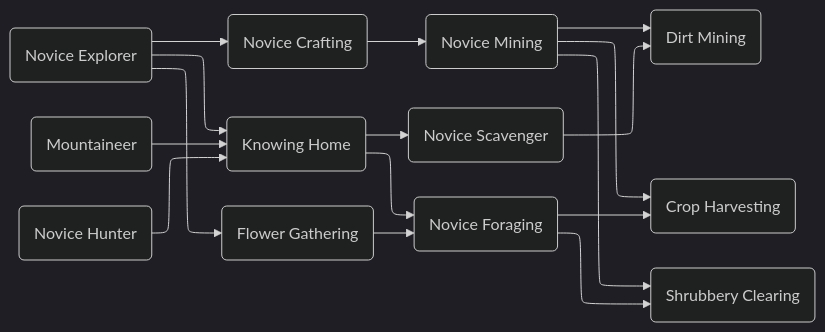
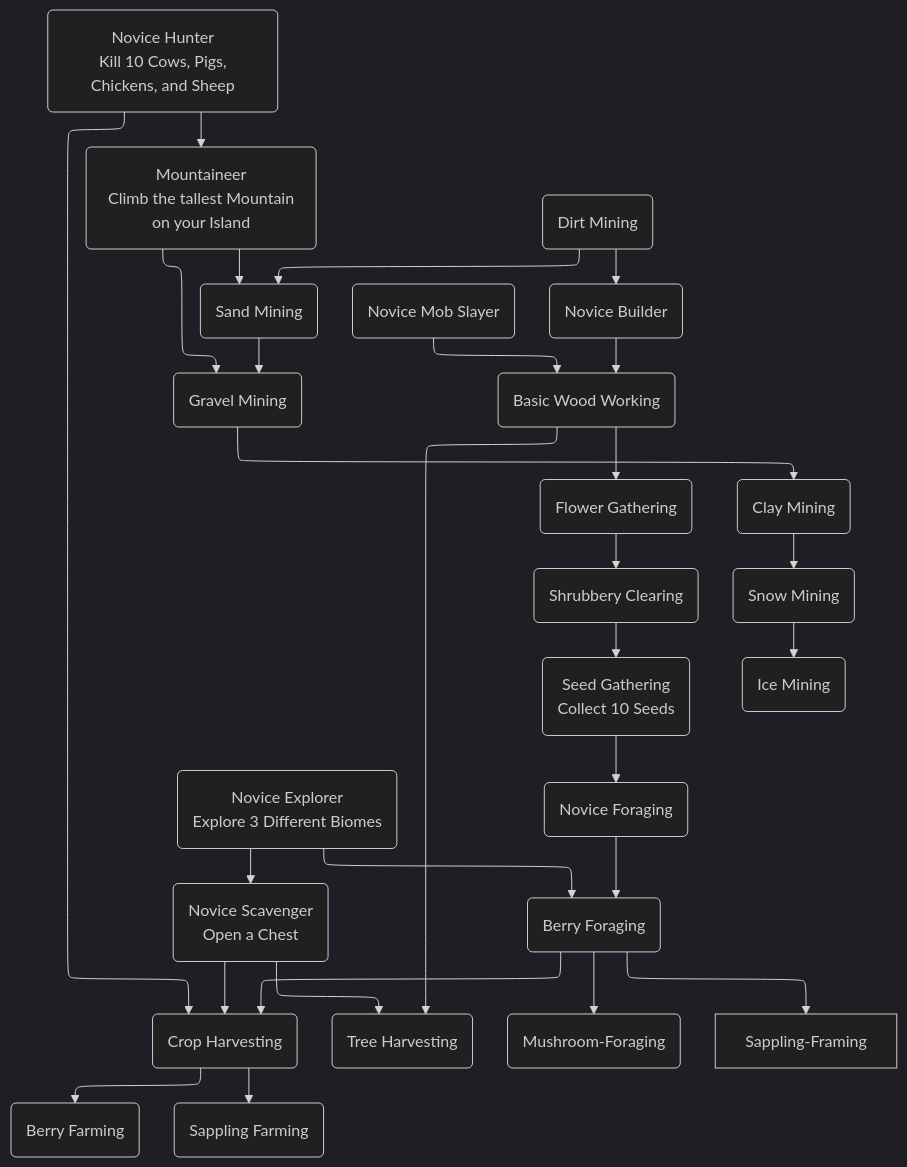
The diagram in Design-Documents/Advancement-Tree.md (PolarisVoid/The-Voyage), drawn with Mermaid (dark theme) before and after one commit.

Commit message:
Update Advancement-Tree.md
I have added the beginnings of the technology tree

````diff
--- a/Design-Documents/Advancement-Tree.md
+++ b/Design-Documents/Advancement-Tree.md
@@ -1,38 +1,78 @@
 ```mermaid
 %%{init: {"flowchart": {"defaultRenderer": "elk"}} }%%
-flowchart LR
-  Novice-Explorer(Novice Explorer)
-  Novice-Explorer-->Novice-Crafting & Knowing-Home & Flower-Gathering
-
-  Mountaineer(Mountaineer)
-  Mountaineer-->Knowing-Home
-
-  Novice-Hunter(Novice Hunter)
-  Novice-Hunter-->Knowing-Home
-
-  Novice-Crafting(Novice Crafting)
-  Novice-Crafting-->Novice-Mining
-
-  Knowing-Home(Knowing Home)
-  Knowing-Home-->Novice-Scavenger & Novice-Foraging
-
-  Flower-Gathering(Flower Gathering)
-  Flower-Gathering-->Novice-Foraging
-
-  Novice-Mining(Novice Mining)
-  Novice-Mining-->Dirt-Mining & Crop-Harvesting & Shrubbery-Clearing
-
-  Novice-Scavenger(Novice Scavenger)
-  Novice-Scavenger-->Dirt-Mining
-
-  Novice-Foraging(Novice Foraging)
-  Novice-Foraging-->Crop-Harvesting & Shrubbery-Clearing
-
-  Dirt-Mining(Dirt Mining)
+flowchart TD
+  
+  Novice-Explorer(Novice Explorer\n Explore 3 Different Biomes)
+  Novice-Explorer-->Novice-Scavenger & Berry-Foraging
+  
+  Mountaineer(Mountaineer\n Climb the tallest Mountain on your Island)
+  Mountaineer-->Sand-Mining & Gravel-Mining
+  
+  Novice-Scavenger(Novice Scavenger\n Open a Chest)
+  Novice-Scavenger-->Crop-Harvesting & Tree-Harvesting
+  
 
 
-  Crop-Harvesting(Crop Harvesting)
+
+  Novice-Hunter(Novice Hunter\n Kill 10 Cows, Pigs, Chickens, and Sheep)
+  Novice-Hunter-->Mountaineer & Crop-Harvesting
+  
+  Novice-Mob-Slayer(Novice Mob Slayer)
+  Novice-Mob-Slayer-->Basic-Wood-Working
 
 
-  Shrubbery-Clearing(Shrubbery Clearing)
+
+  Novice-Builder(Novice Builder)
+  Novice-Builder-->Basic-Wood-Working
+  Basic-Wood-Working(Basic Wood Working)
+  Basic-Wood-Working-->
+
+
+
+  Flower-Gathering(Flower Gathering\n)
+  Flower-Gathering-->Shrubbery-Clearing
+  
+  Shrubbery-Clearing(Shrubbery Clearing\n)
+  Shrubbery-Clearing-->Seed-Gathering
+  
+  Seed-Gathering(Seed Gathering\n Collect 10 Seeds)
+  Seed-Gathering-->Novice-Foraging
+  
+  Novice-Foraging(Novice Foraging\n)
+  Novice-Foraging-->Berry-Foraging  
+  
+  Berry-Foraging(Berry Foraging\n)
+  Berry-Foraging-->Crop-Harvesting & Mushroom-Foraging & Sappling-Framing
+  
+  Crop-Harvesting(Crop Harvesting\n)
+  Crop-Harvesting-->Berry-Farming & Sappling-Farming
+  
+  Mushroom-Foraging(Mushroom-Foraging\n)
+
+
+
+  Berry-Farming(Berry Farming)
+  
+  Sappling-Farming(Sappling Farming\n)
+
+
+
+  Dirt-Mining(Dirt Mining\n)
+  Dirt-Mining-->Sand-Mining & Novice-Builder
+  
+  Sand-Mining(Sand Mining\n)
+  Sand-Mining-->Gravel-Mining
+  
+  Gravel-Mining(Gravel Mining\n)
+  Gravel-Mining-->Clay-Mining
+  
+  Clay-Mining(Clay Mining\n)
+  Clay-Mining-->Snow-Mining
+  
+  Snow-Mining(Snow Mining\n)
+  Snow-Mining-->Ice-Mining
+  Ice-Mining(Ice Mining\n)
+  
+  Tree-Harvesting(Tree Harvesting)
+  Basic-Wood-Working-->Tree-Harvesting
 ```
````
